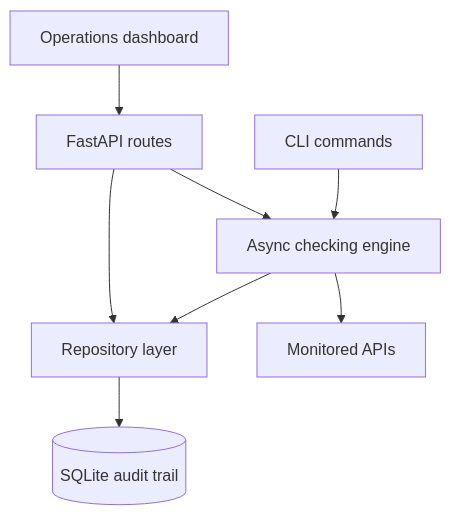
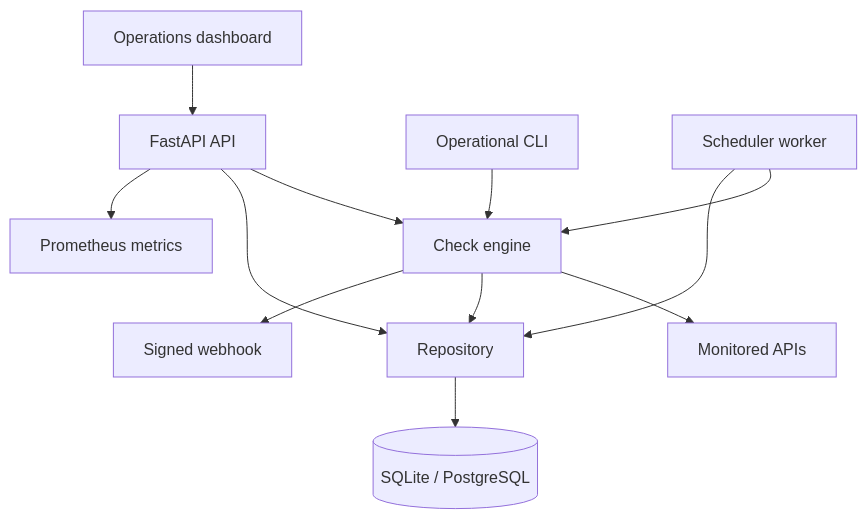
The first of 2 diagrams in README.md (TheKhadaJhin/pulsewatch-api-monitor), drawn with Mermaid before and after one commit. The commit also changed other lines of this file and 61 other files, not shown here.

````diff
--- a/README.md
+++ b/README.md
@@ -32,10 +49,14 @@
 ```mermaid
 flowchart TD
-    UI[Operations dashboard] --> API[FastAPI routes]
-    CLI[CLI commands] --> Engine[Async checking engine]
-    API --> Engine
-    API --> Repo[Repository layer]
-    Engine --> Targets[Monitored APIs]
-    Engine --> Repo
-    Repo --> DB[(SQLite audit trail)]
+    UI["Operations dashboard"] --> API["FastAPI API"]
+    CLI["Operational CLI"] --> Core["Check engine"]
+    API --> Core
+    Worker["Scheduler worker"] --> Core
+    Core --> Targets["Monitored APIs"]
+    Core --> Repo["Repository"]
+    API --> Repo
+    Worker --> Repo
+    Repo --> DB[("SQLite / PostgreSQL")]
+    Core --> Hook["Signed webhook"]
+    API --> Metrics["Prometheus metrics"]
 ```
````
